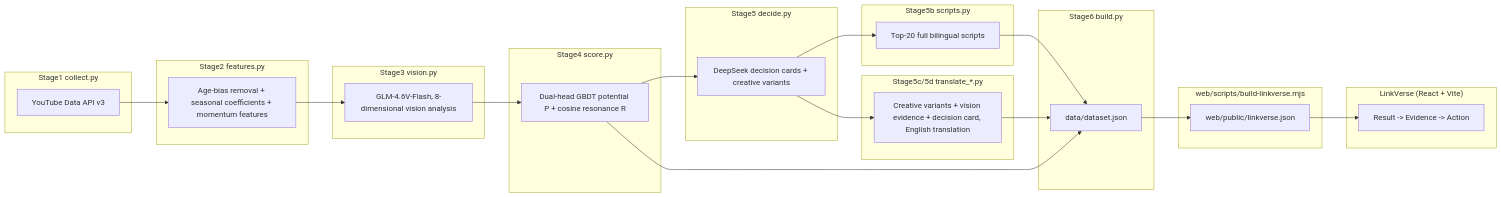
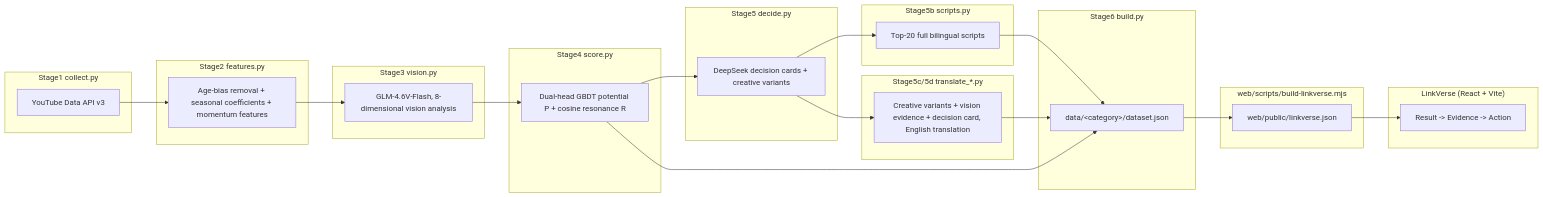
The diagram in README.md (ChenYvhang/linkverse), drawn with Mermaid before and after one commit. The commit also changed other lines of this file and 21 other files, not shown here.

````diff
--- a/README.md
+++ b/README.md
@@ -57,38 +111,38 @@
 ```mermaid
 flowchart LR
     subgraph Stage1["Stage1 collect.py"]
         A[YouTube Data API v3]
     end
     subgraph Stage2["Stage2 features.py"]
         B[Age-bias removal + seasonal coefficients + momentum features]
     end
     subgraph Stage3["Stage3 vision.py"]
         C[GLM-4.6V-Flash, 8-dimensional vision analysis]
     end
     subgraph Stage4["Stage4 score.py"]
         D[Dual-head GBDT potential P + cosine resonance R]
     end
     subgraph Stage5["Stage5 decide.py"]
         E[DeepSeek decision cards + creative variants]
     end
     subgraph Stage5b["Stage5b scripts.py"]
         F[Top-20 full bilingual scripts]
     end
     subgraph Stage5cd["Stage5c/5d translate_*.py"]
         G[Creative variants + vision evidence + decision card, English translation]
     end
     subgraph Stage6["Stage6 build.py"]
-        H[data/dataset.json]
+        H[data/&lt;category&gt;/dataset.json]
     end
     subgraph Trim["web/scripts/build-linkverse.mjs"]
         I[web/public/linkverse.json]
     end
     subgraph Web["LinkVerse (React + Vite)"]
         J[Result -> Evidence -> Action]
     end
 
     A --> B --> C --> D --> E --> F --> H
     E --> G --> H
     D --> H
     H --> I --> J
 ```
````
